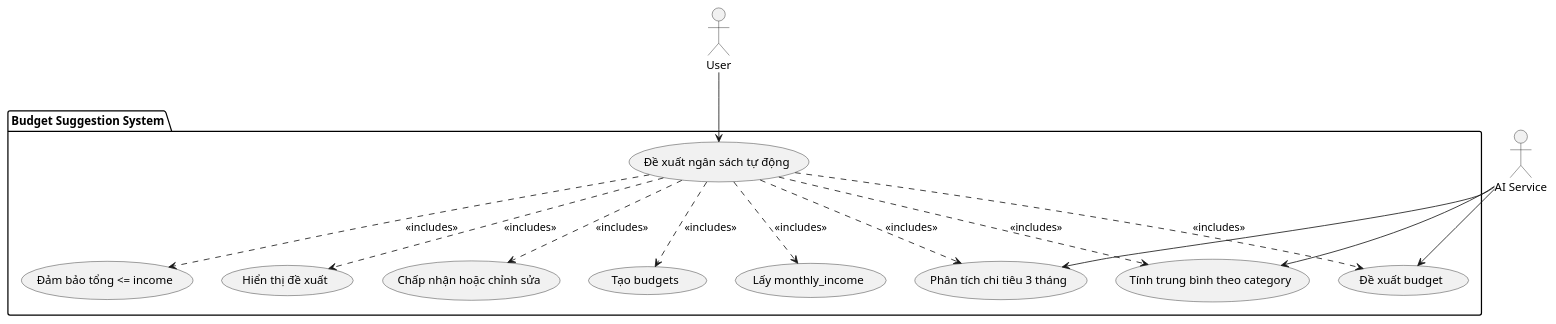
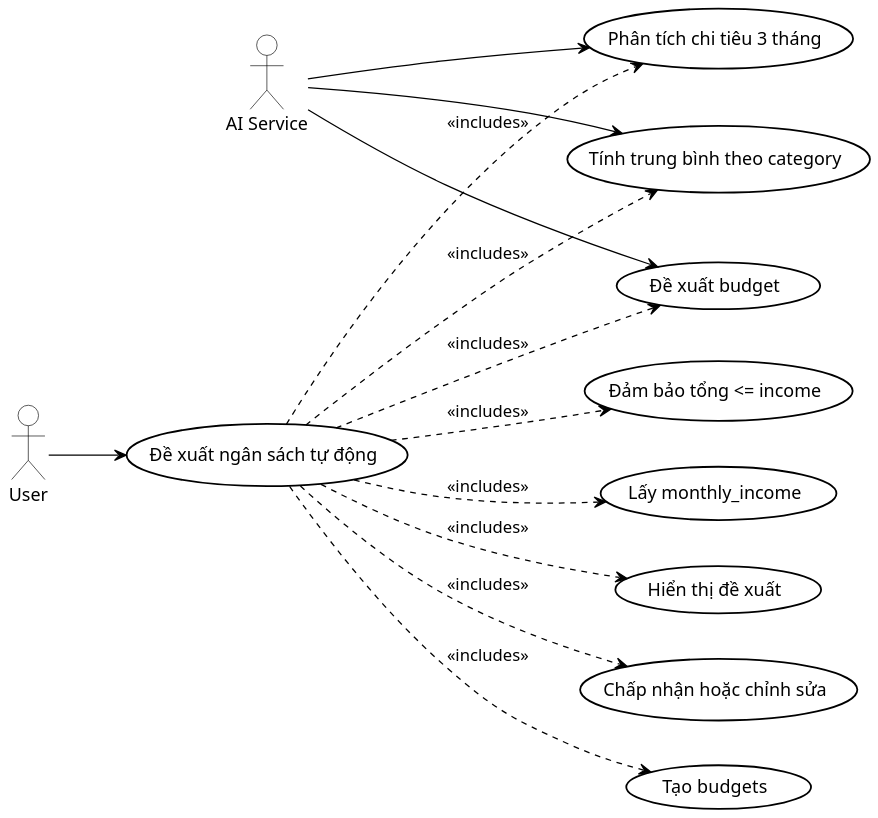
Before and after one commit to quanbin27/TabiMoney: the diagram in uml-diagrams/UC_019_AutoBudgetSuggestion.puml, drawn with PlantUML. The commit also changed 108 other files, not shown here.

Commit message:
docs: update diagram images

```diff
--- a/uml-diagrams/UC_019_AutoBudgetSuggestion.puml
+++ b/uml-diagrams/UC_019_AutoBudgetSuggestion.puml
@@ -1,30 +1,56 @@
 @startuml UC_019_AutoBudgetSuggestion
+
+skinparam usecase {
+    BackgroundColor #FFFFFF
+    BorderColor #000000
+    ArrowColor #000000
+    BorderThickness 1.4
+    FontColor #000000
+    FontSize 14
+}
+
+skinparam actor {
+    BackgroundColor #FFFFFF
+    BorderColor #000000
+    FontColor #000000
+    FontSize 14
+}
+
+skinparam package {
+    BorderColor #000000
+    FontColor #000000
+}
+
+skinparam shadowing false
+skinparam dpi 150
+
+' Layout ngang
+left to right direction
+
 actor User
 actor "AI Service" as AI
 
-package "Budget Suggestion System" {
-    usecase "Đề xuất ngân sách tự động" as UC_AutoBudgetSuggestion
-    usecase "Lấy monthly_income" as UC_GetIncome
-    usecase "Phân tích chi tiêu 3 tháng" as UC_AnalyzeSpending
-    usecase "Tính trung bình theo category" as UC_CalculateAverage
-    usecase "Đề xuất budget" as UC_SuggestBudget
-    usecase "Đảm bảo tổng <= income" as UC_EnsureTotal
-    usecase "Hiển thị đề xuất" as UC_ShowSuggestions
-    usecase "Chấp nhận hoặc chỉnh sửa" as UC_AcceptOrEdit
-    usecase "Tạo budgets" as UC_CreateBudgets
-}
+usecase "Đề xuất ngân sách tự động" as UC_AutoBudgetSuggestion
+usecase "Lấy monthly_income" as UC_GetIncome
+usecase "Phân tích chi tiêu 3 tháng" as UC_AnalyzeSpending
+usecase "Tính trung bình theo category" as UC_CalculateAverage
+usecase "Đề xuất budget" as UC_SuggestBudget
+usecase "Đảm bảo tổng <= income" as UC_EnsureTotal
+usecase "Hiển thị đề xuất" as UC_ShowSuggestions
+usecase "Chấp nhận hoặc chỉnh sửa" as UC_AcceptOrEdit
+usecase "Tạo budgets" as UC_CreateBudgets
 
 User --> UC_AutoBudgetSuggestion
 AI --> UC_AnalyzeSpending
 AI --> UC_CalculateAverage
 AI --> UC_SuggestBudget
 UC_AutoBudgetSuggestion ..> UC_GetIncome : <<includes>>
 UC_AutoBudgetSuggestion ..> UC_AnalyzeSpending : <<includes>>
 UC_AutoBudgetSuggestion ..> UC_CalculateAverage : <<includes>>
 UC_AutoBudgetSuggestion ..> UC_SuggestBudget : <<includes>>
 UC_AutoBudgetSuggestion ..> UC_EnsureTotal : <<includes>>
 UC_AutoBudgetSuggestion ..> UC_ShowSuggestions : <<includes>>
 UC_AutoBudgetSuggestion ..> UC_AcceptOrEdit : <<includes>>
 UC_AutoBudgetSuggestion ..> UC_CreateBudgets : <<includes>>
 
 @enduml
```
